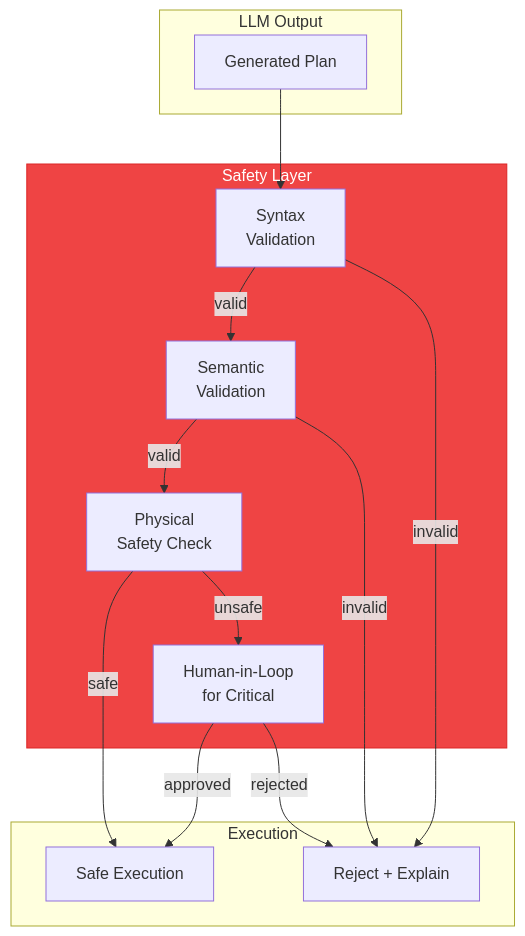
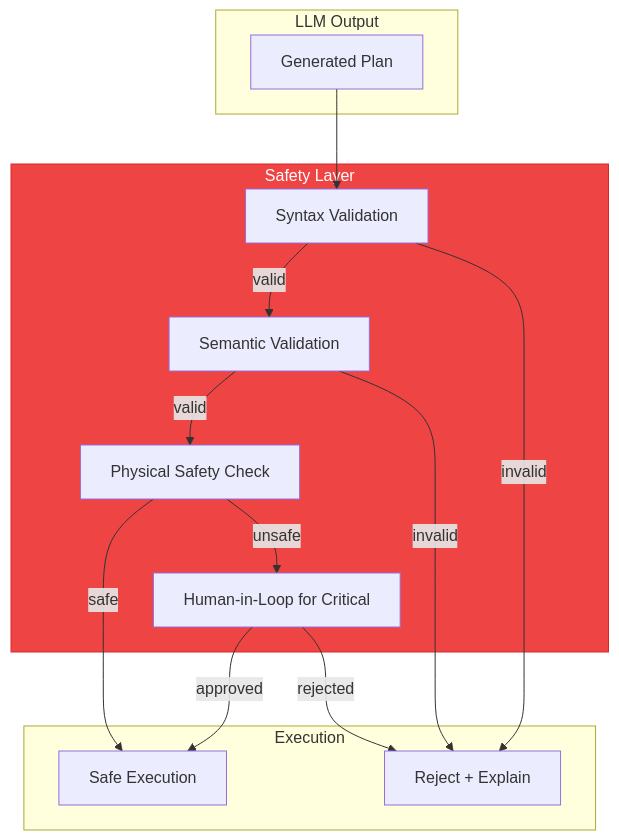
The fifth of 5 diagrams in docs/modules/module-4-vla/chapter-15-llm-planning.md (shakir-hussain1/physical-AI-and-humanoid-robotics-textbook-by-shakir-hussain), drawn with Mermaid before and after one commit. The commit also changed other lines of this file and 17 other files, not shown here.

Commit message:
fix: Remove br tags from Mermaid diagrams causing parse errors

````diff
--- a/docs/modules/module-4-vla/chapter-15-llm-planning.md
+++ b/docs/modules/module-4-vla/chapter-15-llm-planning.md
@@ -664,30 +664,30 @@
 ```mermaid
 flowchart TD
     subgraph LLM["LLM Output"]
         PLAN[Generated Plan]
     end
 
     subgraph Safety["Safety Layer"]
-        SYN[Syntax<br/>Validation]
-        SEM[Semantic<br/>Validation]
-        PHYS[Physical<br/>Safety Check]
-        HUMAN[Human-in-Loop<br/>for Critical]
+        SYN[Syntax Validation]
+        SEM[Semantic Validation]
+        PHYS[Physical Safety Check]
+        HUMAN[Human-in-Loop for Critical]
     end
 
     subgraph Execution["Execution"]
         EXEC[Safe Execution]
         REJECT[Reject + Explain]
     end
 
     PLAN --> SYN
     SYN --> |valid| SEM
     SYN --> |invalid| REJECT
     SEM --> |valid| PHYS
     SEM --> |invalid| REJECT
     PHYS --> |safe| EXEC
     PHYS --> |unsafe| HUMAN
     HUMAN --> |approved| EXEC
     HUMAN --> |rejected| REJECT
 
     style Safety fill:#ef4444,stroke:#dc2626,color:#fff
 ```
````
